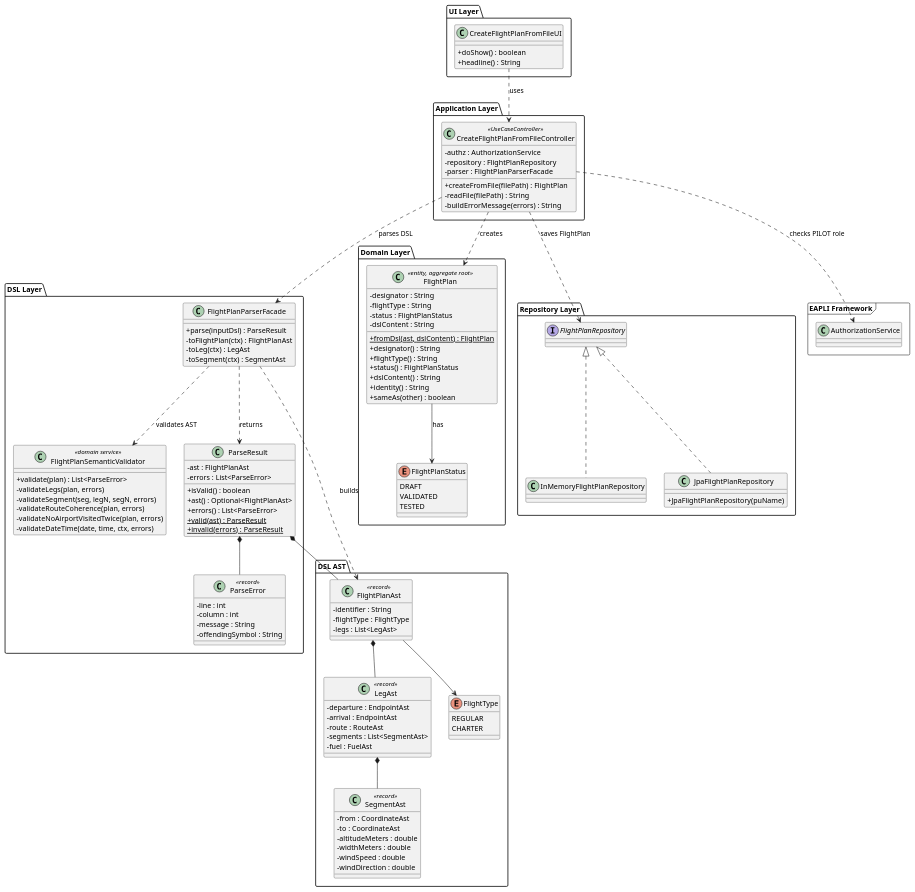
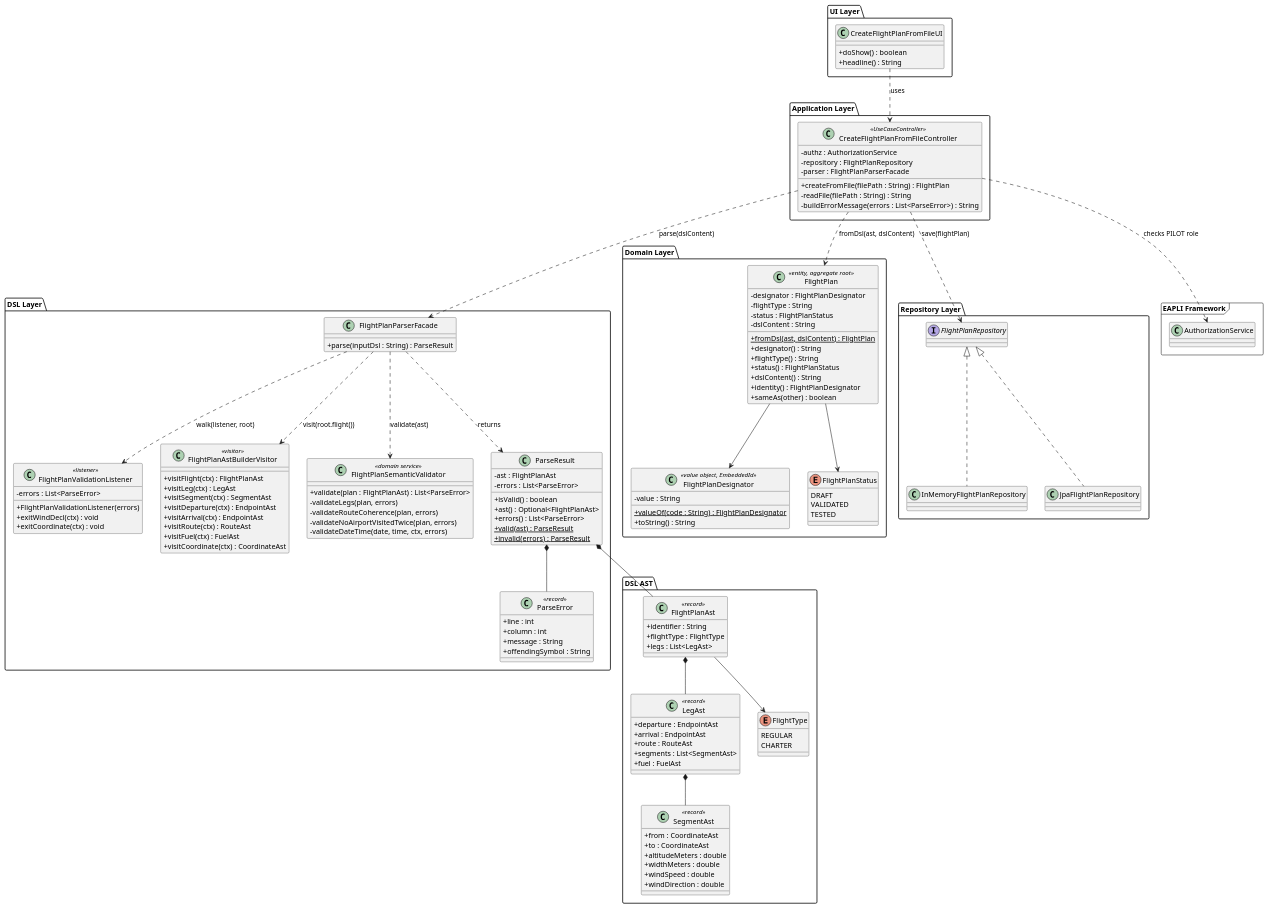
Before and after one commit to brunodspinto/aisafe: the diagram in aisafe.base/docs/user-stories/us081/puml/US081-class-diagram.puml, drawn with PlantUML. The commit also changed 5 other files, not shown here.

Commit message:
Enhance FlightPlan DSL representation with validation listener and AST builder; update class diagrams and domain model for improved structure and clarity #39

```diff
--- a/aisafe.base/docs/user-stories/us081/puml/US081-class-diagram.puml
+++ b/aisafe.base/docs/user-stories/us081/puml/US081-class-diagram.puml
@@ -1,148 +1,165 @@
 @startuml class-diagram-us081
 skinparam shadowing false
 skinparam classAttributeIconSize 0
 
 package "UI Layer" {
     class CreateFlightPlanFromFileUI {
         +doShow() : boolean
         +headline() : String
     }
 }
 
 package "Application Layer" {
     class CreateFlightPlanFromFileController <<UseCaseController>> {
         -authz : AuthorizationService
         -repository : FlightPlanRepository
         -parser : FlightPlanParserFacade
-        +createFromFile(filePath) : FlightPlan
-        -readFile(filePath) : String
-        -buildErrorMessage(errors) : String
+        +createFromFile(filePath : String) : FlightPlan
+        -readFile(filePath : String) : String
+        -buildErrorMessage(errors : List<ParseError>) : String
     }
 }
 
 package "DSL Layer" {
     class FlightPlanParserFacade {
-        +parse(inputDsl) : ParseResult
-        -toFlightPlan(ctx) : FlightPlanAst
-        -toLeg(ctx) : LegAst
-        -toSegment(ctx) : SegmentAst
+        +parse(inputDsl : String) : ParseResult
+    }
+
+    class FlightPlanValidationListener <<listener>> {
+        -errors : List<ParseError>
+        +FlightPlanValidationListener(errors)
+        +exitWindDecl(ctx) : void
+        +exitCoordinate(ctx) : void
+    }
+
+    class FlightPlanAstBuilderVisitor <<visitor>> {
+        +visitFlight(ctx) : FlightPlanAst
+        +visitLeg(ctx) : LegAst
+        +visitSegment(ctx) : SegmentAst
+        +visitDeparture(ctx) : EndpointAst
+        +visitArrival(ctx) : EndpointAst
+        +visitRoute(ctx) : RouteAst
+        +visitFuel(ctx) : FuelAst
+        +visitCoordinate(ctx) : CoordinateAst
     }
 
     class FlightPlanSemanticValidator <<domain service>> {
-        +validate(plan) : List<ParseError>
+        +validate(plan : FlightPlanAst) : List<ParseError>
         -validateLegs(plan, errors)
-        -validateSegment(seg, legN, segN, errors)
         -validateRouteCoherence(plan, errors)
         -validateNoAirportVisitedTwice(plan, errors)
         -validateDateTime(date, time, ctx, errors)
     }
 
     class ParseResult {
         -ast : FlightPlanAst
         -errors : List<ParseError>
         +isValid() : boolean
         +ast() : Optional<FlightPlanAst>
         +errors() : List<ParseError>
         +{static} valid(ast) : ParseResult
         +{static} invalid(errors) : ParseResult
     }
 
     class ParseError <<record>> {
-        -line : int
-        -column : int
-        -message : String
-        -offendingSymbol : String
+        +line : int
+        +column : int
+        +message : String
+        +offendingSymbol : String
     }
 }
 
 package "DSL AST" {
     class FlightPlanAst <<record>> {
-        -identifier : String
-        -flightType : FlightType
-        -legs : List<LegAst>
+        +identifier : String
+        +flightType : FlightType
+        +legs : List<LegAst>
     }
 
     class LegAst <<record>> {
-        -departure : EndpointAst
-        -arrival : EndpointAst
-        -route : RouteAst
-        -segments : List<SegmentAst>
-        -fuel : FuelAst
+        +departure : EndpointAst
+        +arrival : EndpointAst
+        +route : RouteAst
+        +segments : List<SegmentAst>
+        +fuel : FuelAst
     }
 
     class SegmentAst <<record>> {
-        -from : CoordinateAst
-        -to : CoordinateAst
-        -altitudeMeters : double
-        -widthMeters : double
-        -windSpeed : double
-        -windDirection : double
+        +from : CoordinateAst
+        +to : CoordinateAst
+        +altitudeMeters : double
+        +widthMeters : double
+        +windSpeed : double
+        +windDirection : double
     }
 
     enum FlightType {
         REGULAR
         CHARTER
     }
 }
 
 package "Domain Layer" {
     class FlightPlan <<entity, aggregate root>> {
-        -designator : String
+        -designator : FlightPlanDesignator
         -flightType : String
         -status : FlightPlanStatus
         -dslContent : String
         +{static} fromDsl(ast, dslContent) : FlightPlan
         +designator() : String
         +flightType() : String
         +status() : FlightPlanStatus
         +dslContent() : String
-        +identity() : String
+        +identity() : FlightPlanDesignator
         +sameAs(other) : boolean
+    }
+
+    class FlightPlanDesignator <<value object, EmbeddedId>> {
+        -value : String
+        +{static} valueOf(code : String) : FlightPlanDesignator
+        +toString() : String
     }
 
     enum FlightPlanStatus {
         DRAFT
         VALIDATED
         TESTED
     }
 }
 
 package "Repository Layer" {
     interface FlightPlanRepository {
     }
-
-    class InMemoryFlightPlanRepository {
-    }
-
-    class JpaFlightPlanRepository {
-        +JpaFlightPlanRepository(puName)
-    }
+    class InMemoryFlightPlanRepository
+    class JpaFlightPlanRepository
 }
 
 package "EAPLI Framework" <<frame>> {
     class AuthorizationService
 }
 
 CreateFlightPlanFromFileUI ..> CreateFlightPlanFromFileController : uses
 CreateFlightPlanFromFileController ..> AuthorizationService : checks PILOT role
-CreateFlightPlanFromFileController ..> FlightPlanParserFacade : parses DSL
-CreateFlightPlanFromFileController ..> FlightPlanRepository : saves FlightPlan
-CreateFlightPlanFromFileController ..> FlightPlan : creates
+CreateFlightPlanFromFileController ..> FlightPlanParserFacade : parse(dslContent)
+CreateFlightPlanFromFileController ..> FlightPlanRepository : save(flightPlan)
+CreateFlightPlanFromFileController ..> FlightPlan : fromDsl(ast, dslContent)
 
-FlightPlanParserFacade ..> FlightPlanSemanticValidator : validates AST
+FlightPlanParserFacade ..> FlightPlanValidationListener : walk(listener, root)
+FlightPlanParserFacade ..> FlightPlanAstBuilderVisitor : visit(root.flight())
+FlightPlanParserFacade ..> FlightPlanSemanticValidator : validate(ast)
 FlightPlanParserFacade ..> ParseResult : returns
-FlightPlanParserFacade ..> FlightPlanAst : builds
 
 ParseResult *-- FlightPlanAst
 ParseResult *-- ParseError
 
 FlightPlanAst *-- LegAst
 FlightPlanAst --> FlightType
 LegAst *-- SegmentAst
 
-FlightPlan --> FlightPlanStatus : has
+FlightPlan --> FlightPlanStatus
+FlightPlan --> FlightPlanDesignator
 
 FlightPlanRepository <|.. InMemoryFlightPlanRepository
 FlightPlanRepository <|.. JpaFlightPlanRepository
 
 @enduml
```
